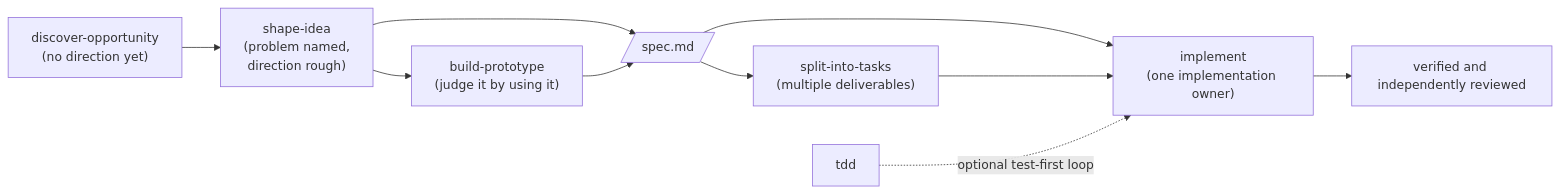
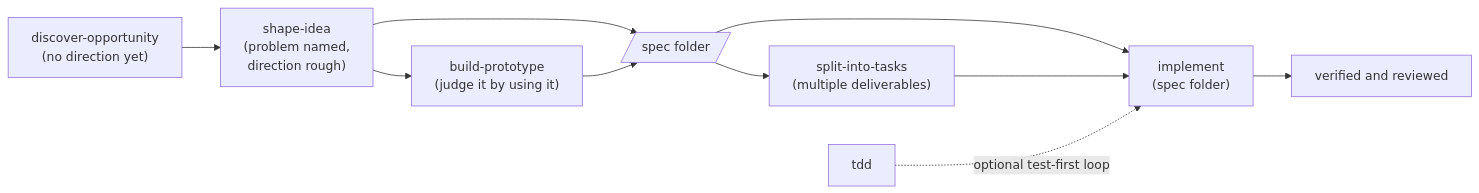
One commit to toy-crane/skills changed the diagram in README.md. Above: the diagram before and after it, drawn with Mermaid. The commit also changed other lines of this file and 10 other files, not shown here.

````diff
--- a/README.md
+++ b/README.md
@@ -47,12 +47,12 @@
 ```mermaid
 flowchart LR
     DO["discover-opportunity<br/>(no direction yet)"] --> SI["shape-idea<br/>(problem named,<br/>direction rough)"]
     SI --> BP["build-prototype<br/>(judge it by using it)"]
-    SI --> SPEC[/spec.md/]
+    SI --> SPEC[/spec folder/]
     BP --> SPEC
     SPEC --> ST["split-into-tasks<br/>(multiple deliverables)"]
-    SPEC --> IM["implement<br/>(one implementation owner)"]
+    SPEC --> IM["implement<br/>(spec folder)"]
     ST --> IM
-    IM --> DONE["verified and independently reviewed"]
+    IM --> DONE["verified and reviewed"]
     TDD[tdd] -. "optional test-first loop" .-> IM
 ```
````
